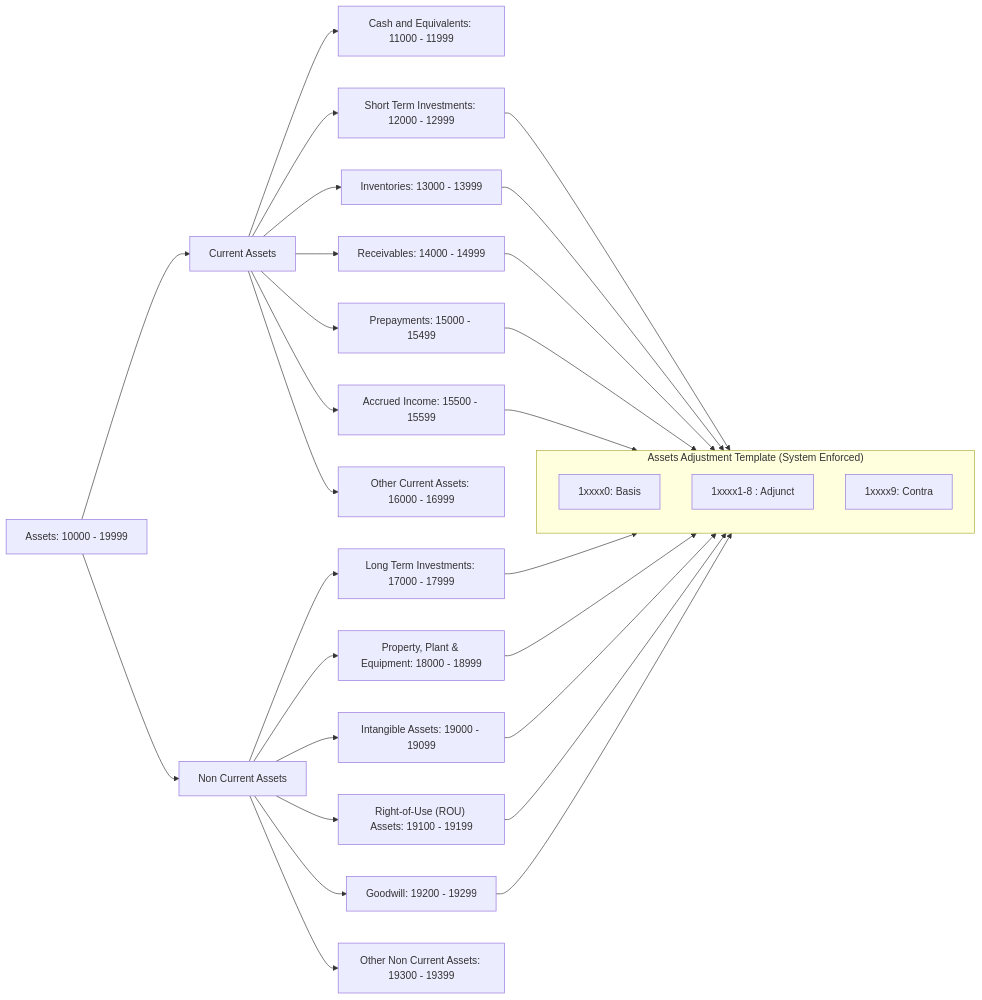
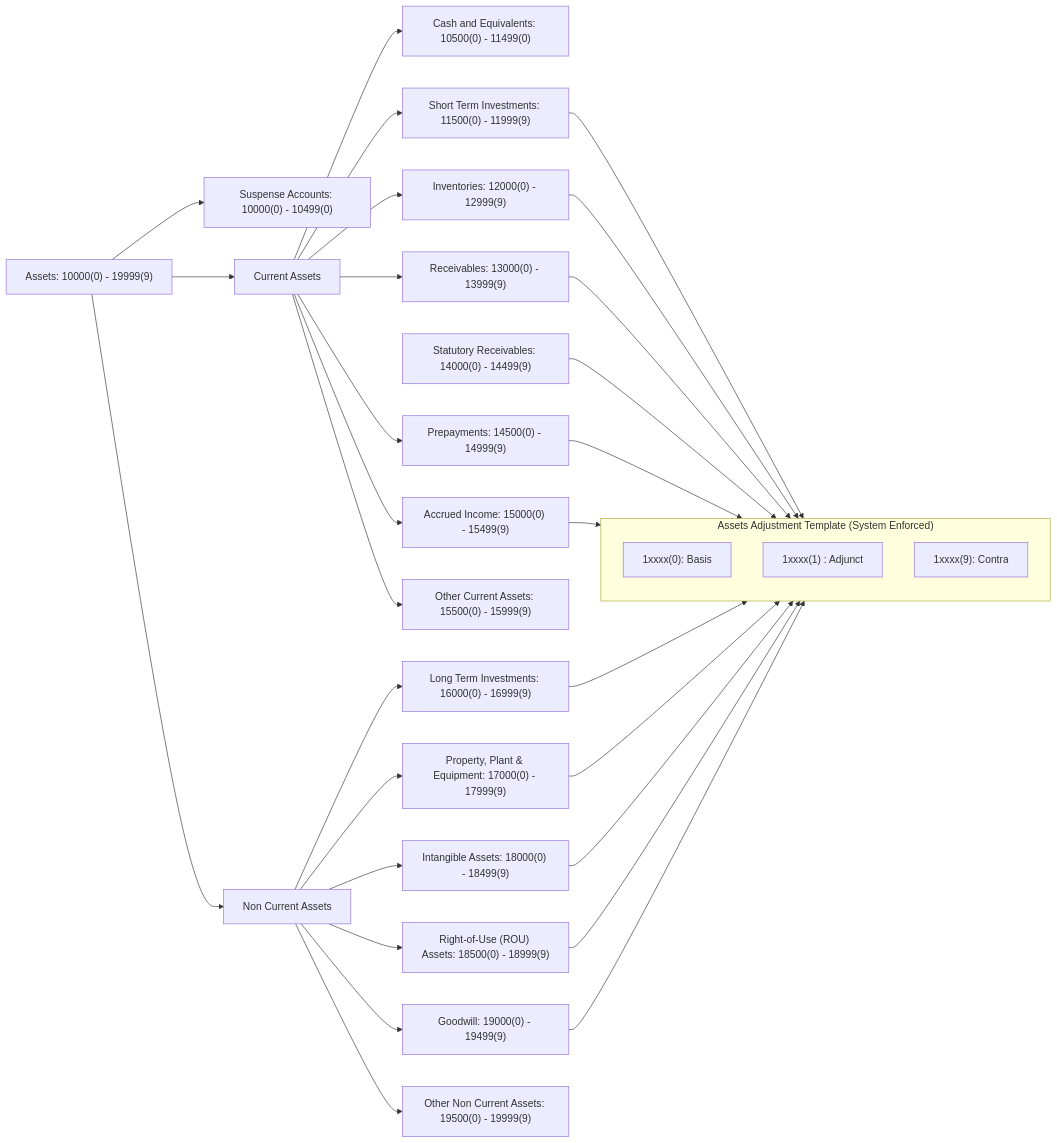
One commit to oosahon/ledgernova-core changed the diagram in src/domain/accounting/__doc__/assets/coa-assets.mermaid. Above: the diagram before and after it, drawn with Mermaid. The commit also changed 10 other files, not shown here.

```diff
--- a/src/domain/accounting/__doc__/assets/coa-assets.mermaid
+++ b/src/domain/accounting/__doc__/assets/coa-assets.mermaid
@@ -1,32 +1,34 @@
 flowchart LR
     %% Power users (and accounts bootstraper for non-power users) will decide whether or not to apply contra templates to "Other*" assets
     subgraph AssetAdjustmentTemplate["Assets Adjustment Template (System Enforced)"]
-        Basis["1xxxx0: Basis"]
-        Adjunct["1xxxx1-8 : Adjunct"]
-        Contra["1xxxx9: Contra"]
+        Basis["1xxxx(0): Basis"]
+        Adjunct["1xxxx(1) : Adjunct"]
+        Contra["1xxxx(9): Contra"]
     end
 
-    Assets["Assets: 10000 - 19999"]
+    Assets["Assets: 10000(0) - 19999(9)"]
 
+    SuspenseAccounts["Suspense Accounts: 10000(0) - 10499(0)"]
     CAssets["Current Assets"]
-        Cash["Cash and Equivalents: 11000 - 11999"] 
-        STInvestments["Short Term Investments: 12000 - 12999"] --> AssetAdjustmentTemplate
-        Inventories["Inventories: 13000 - 13999"] --> AssetAdjustmentTemplate
-        Receivables["Receivables: 14000 - 14999"] --> AssetAdjustmentTemplate
-        Prepayments["Prepayments: 15000 - 15499"] --> AssetAdjustmentTemplate
-        AccruedIncome["Accrued Income: 15500 - 15599"] --> AssetAdjustmentTemplate
-        OtherCurrentAssets["Other Current Assets: 16000 - 16999"]
+        Cash["Cash and Equivalents: 10500(0) - 11499(0)"] 
+        STInvestments["Short Term Investments: 11500(0) - 11999(9)"] --> AssetAdjustmentTemplate
+        Inventories["Inventories: 12000(0) - 12999(9)"] --> AssetAdjustmentTemplate
+        Receivables["Receivables: 13000(0) - 13999(9)"] --> AssetAdjustmentTemplate
+        StatutoryReceivables["Statutory Receivables: 14000(0) - 14499(9)"] --> AssetAdjustmentTemplate
+        Prepayments["Prepayments: 14500(0) - 14999(9)"] --> AssetAdjustmentTemplate
+        AccruedIncome["Accrued Income: 15000(0) - 15499(9)"] --> AssetAdjustmentTemplate
+        OtherCurrentAssets["Other Current Assets: 15500(0) - 15999(9)"]
         
 
     NCAssets["Non Current Assets"]
-        LTInvestments["Long Term Investments: 17000 - 17999"] --> AssetAdjustmentTemplate
-        PPE["Property, Plant & Equipment: 18000 - 18999"] --> AssetAdjustmentTemplate
-        IntangibleAssets["Intangible Assets: 19000 - 19099"] --> AssetAdjustmentTemplate
-        ROU["Right-of-Use (ROU) Assets: 19100 - 19199"] --> AssetAdjustmentTemplate
-        Goodwill["Goodwill: 19200 - 19299"] --> AssetAdjustmentTemplate
-        OtherNonCurrentAssets["Other Non Current Assets: 19300 - 19399"]
+        LTInvestments["Long Term Investments: 16000(0) - 16999(9)"] --> AssetAdjustmentTemplate
+        PPE["Property, Plant & Equipment: 17000(0) - 17999(9)"] --> AssetAdjustmentTemplate
+        IntangibleAssets["Intangible Assets: 18000(0) - 18499(9)"] --> AssetAdjustmentTemplate
+        ROU["Right-of-Use (ROU) Assets: 18500(0) - 18999(9)"] --> AssetAdjustmentTemplate
+        Goodwill["Goodwill: 19000(0) - 19499(9)"] --> AssetAdjustmentTemplate
+        OtherNonCurrentAssets["Other Non Current Assets: 19500(0) - 19999(9)"]
         
 
-    Assets --> CAssets & NCAssets
+    Assets --> SuspenseAccounts & CAssets & NCAssets
     CAssets --> Cash & STInvestments & Inventories & Receivables & Prepayments & AccruedIncome & OtherCurrentAssets
     NCAssets --> LTInvestments & PPE &  IntangibleAssets &  ROU & Goodwill & OtherNonCurrentAssets
```
